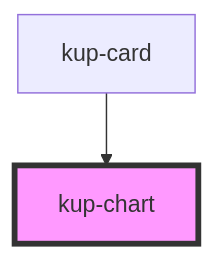
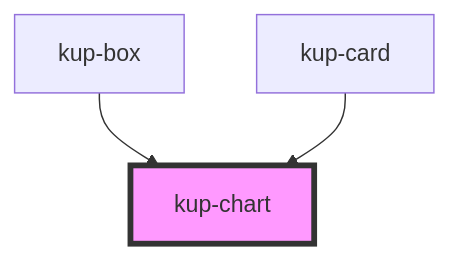
One commit to smeup/ketchup changed the diagram in packages/ketchup/src/components/kup-chart/readme.md. Above: the diagram before and after it, drawn with Mermaid. The commit also changed other lines of this file and 4 other files, not shown here.

Commit message:
Offline chart in box replacing chart cell

````diff
--- a/packages/ketchup/src/components/kup-chart/readme.md
+++ b/packages/ketchup/src/components/kup-chart/readme.md
@@ -46,5 +47,6 @@
 ```mermaid
 graph TD;
+  kup-box --> kup-chart
   kup-card --> kup-chart
   style kup-chart fill:#f9f,stroke:#333,stroke-width:4px
 ```
````
